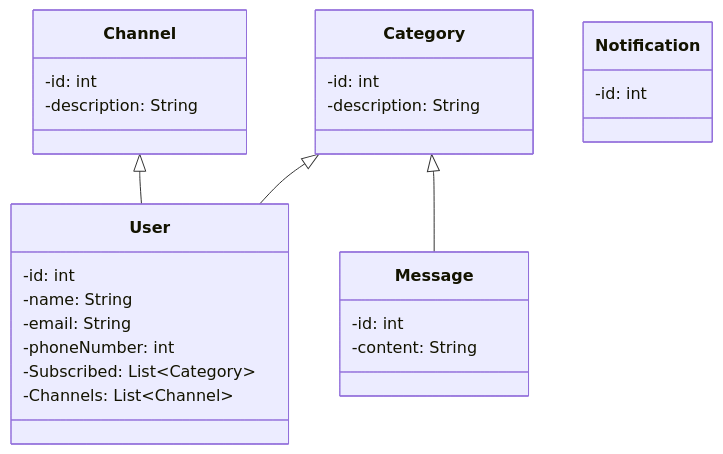
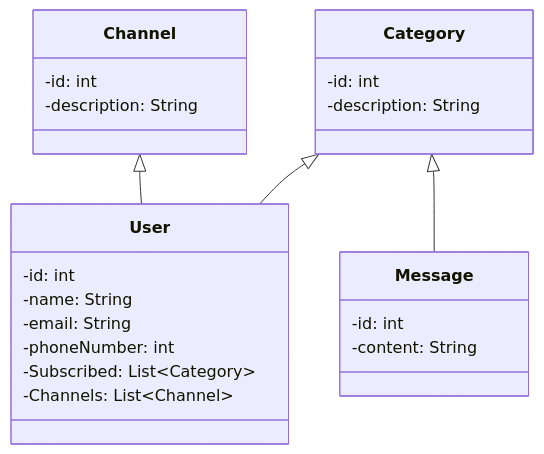
Before and after one commit to mozart-martins/gila-software-coding-challenge: the diagram in README.md, drawn with Mermaid.

````diff
--- a/README.md
+++ b/README.md
@@ -71,29 +71,26 @@
 ```mermaid
 classDiagram
 Channel <|-- User
 Category <|-- User
 Category <|-- Message
 class Channel{
 	-id: int
 	-description: String
 }
 class Category{
 	-id: int
 	-description: String
 }
 class User{
 	-id: int
 	-name: String
 	-email: String
 	-phoneNumber: int
 	-Subscribed: List~Category~
 	-Channels: List~Channel~
 }
 class Message{
 	-id: int
 	-content: String
 }
-class Notification{
-	-id: int
-}
 ```
````
